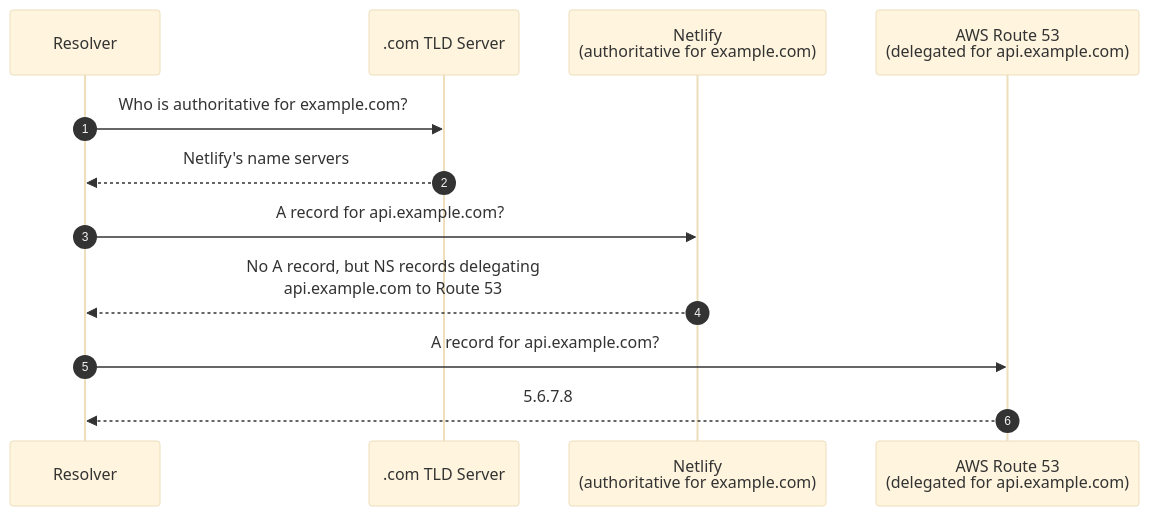
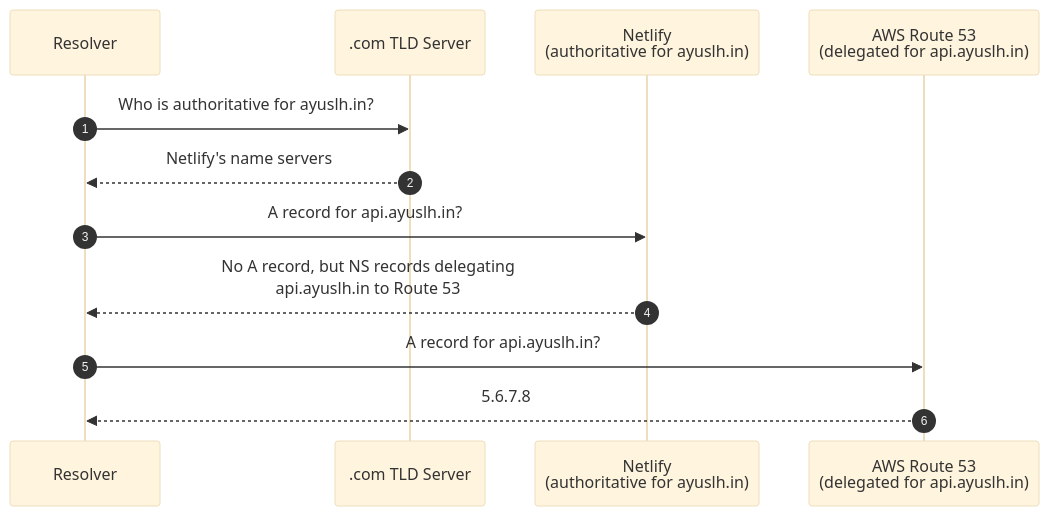
The third of 5 diagrams in content/posts/networking/ch24-dns-record-types.mdx (ayuslharora/blog-ayuslh), drawn with Mermaid (base theme) before and after one commit. The commit also changed other lines of this file, not shown here.

Commit message:
Improvement in the diagram and examples

````diff
--- a/content/posts/networking/ch24-dns-record-types.mdx
+++ b/content/posts/networking/ch24-dns-record-types.mdx
@@ -135,15 +135,15 @@
 ```mermaid
 sequenceDiagram
     autonumber
     participant Resolver
     participant TLD as .com TLD Server
-    participant Netlify as Netlify<br/>(authoritative for example.com)
-    participant Route53 as AWS Route 53<br/>(delegated for api.example.com)
+    participant Netlify as Netlify<br/>(authoritative for ayuslh.in)
+    participant Route53 as AWS Route 53<br/>(delegated for api.ayuslh.in)
 
-    Resolver->>TLD: Who is authoritative for example.com?
+    Resolver->>TLD: Who is authoritative for ayuslh.in?
     TLD-->>Resolver: Netlify's name servers
-    Resolver->>Netlify: A record for api.example.com?
-    Netlify-->>Resolver: No A record, but NS records delegating<br/>api.example.com to Route 53
-    Resolver->>Route53: A record for api.example.com?
+    Resolver->>Netlify: A record for api.ayuslh.in?
+    Netlify-->>Resolver: No A record, but NS records delegating<br/>api.ayuslh.in to Route 53
+    Resolver->>Route53: A record for api.ayuslh.in?
     Route53-->>Resolver: 5.6.7.8
 ```
````
